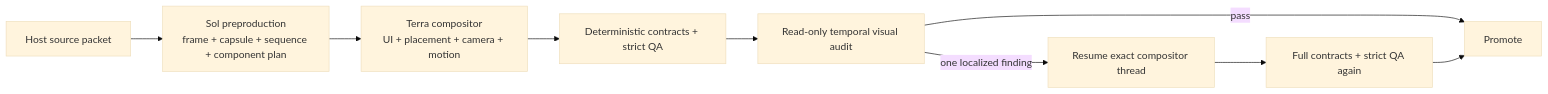
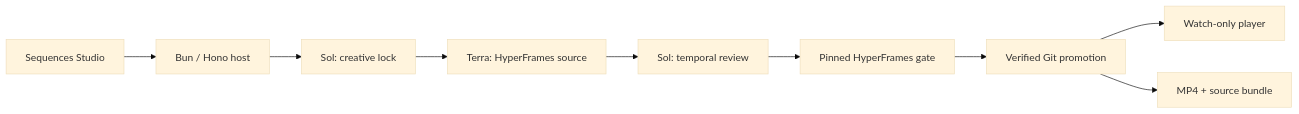
One commit to vladimirhegai/Sequences_OpenAi changed the diagram in ARCHITECTURE.md. Above: the diagram before and after it, drawn with Mermaid (base theme). The commit also changed other lines of this file and 68 other files, not shown here.

Commit message:
docs: present current Sequences showcase

````diff
--- a/ARCHITECTURE.md
+++ b/ARCHITECTURE.md
@@ -193,11 +33,11 @@
 ```mermaid
 flowchart LR
-  P["Host source packet"] --> C["Sol preproduction<br/>frame + capsule + sequence + component plan"]
-  C --> M["Terra compositor<br/>UI + placement + camera + motion"]
-  M --> Q["Deterministic contracts + strict QA"]
-  Q --> A["Read-only temporal visual audit"]
-  A -->|"pass"| X["Promote"]
-  A -->|"one localized finding"| F["Resume exact compositor thread"]
-  F --> Q2["Full contracts + strict QA again"]
-  Q2 --> X
+  UI["Sequences Studio"] --> API["Bun / Hono host"]
+  API --> PRE["Sol: creative lock"]
+  PRE --> BUILD["Terra: HyperFrames source"]
+  BUILD --> AUDIT["Sol: temporal review"]
+  AUDIT --> QA["Pinned HyperFrames gate"]
+  QA --> GIT["Verified Git promotion"]
+  GIT --> PLAYER["Watch-only player"]
+  GIT --> RENDER["MP4 + source bundle"]
 ```
````
